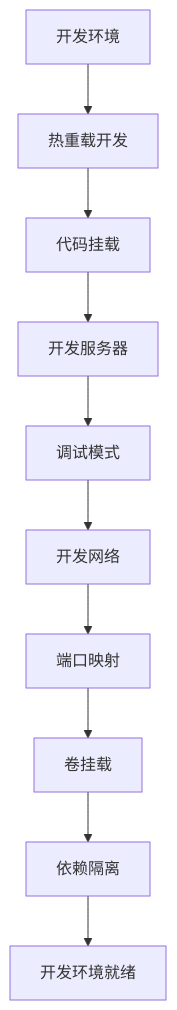
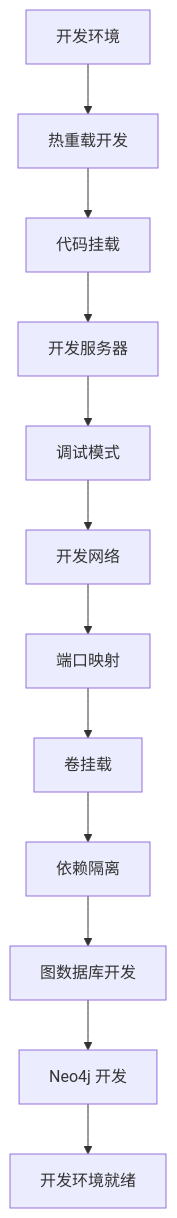
Before and after one commit to xfbyxq/ai-novel-system: the tenth of 21 diagrams in .qoder/repowiki/zh/content/Docker Deployment.md, drawn with Mermaid. The commit also changed other lines of this file and 19 other files, not shown here.

First line of the commit message:
feat(graph): 新增图数据库完整支持与AI聊天集成

````diff
--- a/.qoder/repowiki/zh/content/Docker Deployment.md
+++ b/.qoder/repowiki/zh/content/Docker Deployment.md
@@ -463,12 +513,14 @@
 ```mermaid
 flowchart TD
 DEV_ENV[开发环境] --> HOT_RELOAD[热重载开发]
 HOT_RELOAD --> CODE_MOUNT[代码挂载]
 CODE_MOUNT --> DEV_SERVER[开发服务器]
 DEV_SERVER --> DEBUG_MODE[调试模式]
 DEBUG_MODE --> NETWORK_DEV[开发网络]
 NETWORK_DEV --> PORT_MAPPING[端口映射]
 PORT_MAPPING --> VOLUME_MOUNT[卷挂载]
 VOLUME_MOUNT --> DEPENDENCY_ISOLATION[依赖隔离]
-DEPENDENCY_ISOLATION --> READY[开发环境就绪]
+DEPENDENCY_ISOLATION --> GRAPH_DEV[图数据库开发]
+GRAPH_DEV --> NEO4J_DEV[Neo4j 开发]
+NEO4J_DEV --> READY[开发环境就绪]
 ```
````
